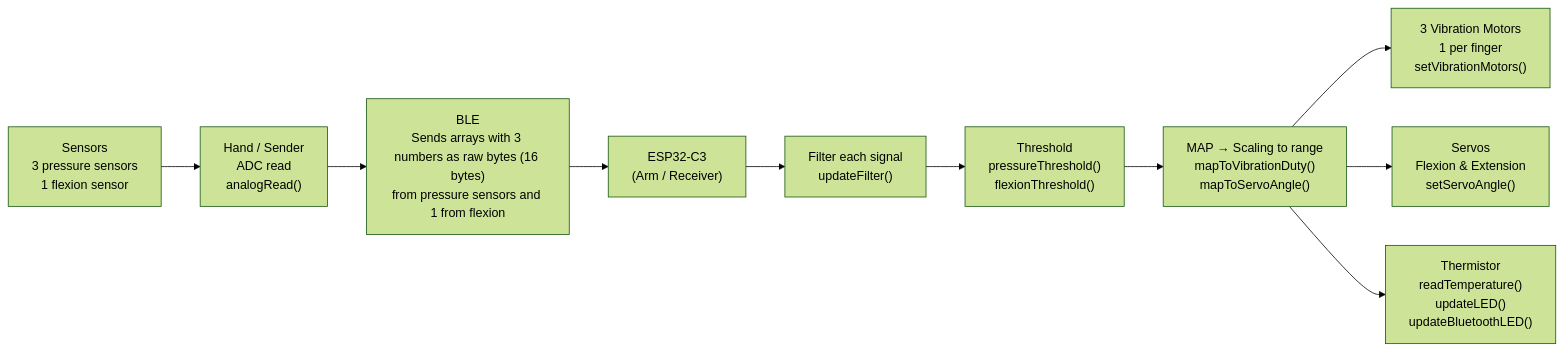
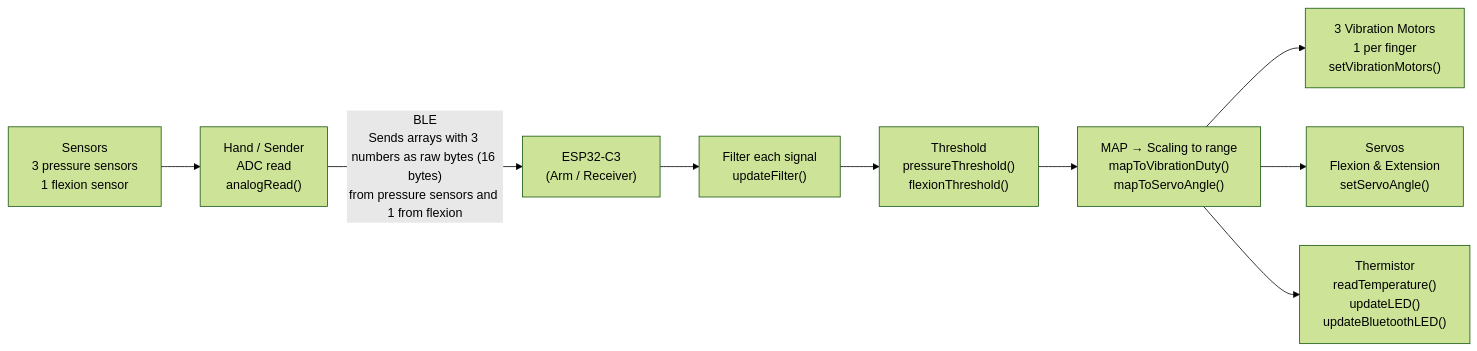
Before and after one commit to N-Pulse/Haptics-2026: the second of 2 diagrams in SDR/DSD_Haptics-01.md, drawn with Mermaid (forest theme).

````diff
--- a/SDR/DSD_Haptics-01.md
+++ b/SDR/DSD_Haptics-01.md
@@ -259,24 +259,22 @@
 ```mermaid
 flowchart LR
     A["Sensors<br/>3 pressure sensors<br/>1 flexion sensor"]
     B["Hand / Sender<br/>ADC read<br/>analogRead()"]
-    C["BLE<br/>Sends arrays with 3 numbers as raw bytes (16 bytes)<br/>from pressure sensors and 1 from flexion"]
     D["ESP32-C3<br/>(Arm / Receiver)"]
     E["Filter each signal<br/>updateFilter()"]
     F["Threshold<br/>pressureThreshold()<br/>flexionThreshold()"]
     G["MAP → Scaling to range<br/>mapToVibrationDuty()<br/>mapToServoAngle()"]
     H["3 Vibration Motors<br/>1 per finger<br/>setVibrationMotors()"]
     I["Servos<br/>Flexion & Extension<br/>setServoAngle()"]
     J["Thermistor<br/>readTemperature()<br/>updateLED()<br/>updateBluetoothLED()"]
 
     A --> B
-    B --> C
-    C --> D
+    B -->|"BLE<br/>Sends arrays with 3 numbers as raw bytes (16 bytes)<br/>from pressure sensors and 1 from flexion"| D
     D --> E
     E --> F
     F --> G
     G --> H
     G --> I
     G --> J
 
 ```
````
